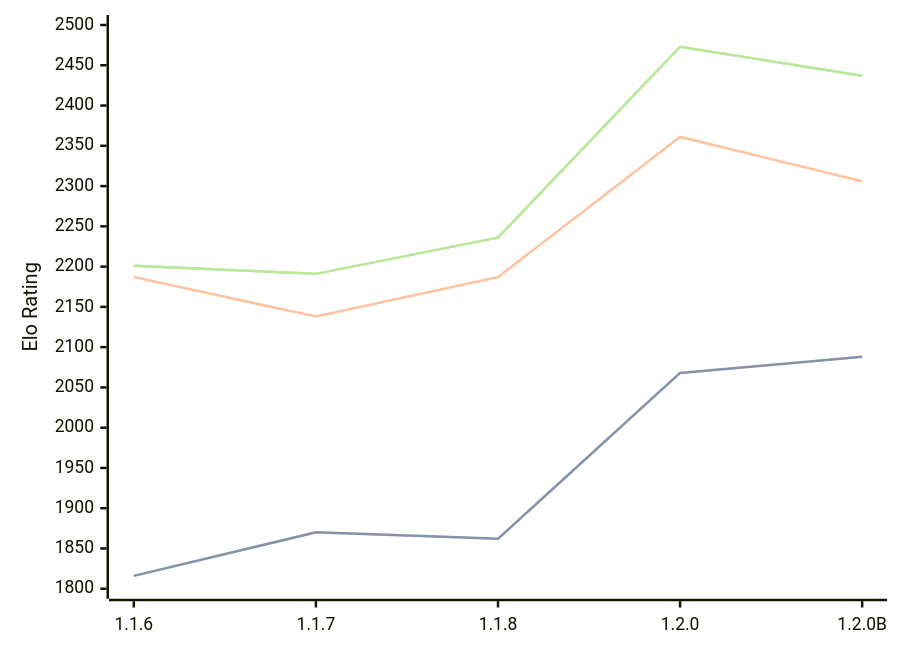
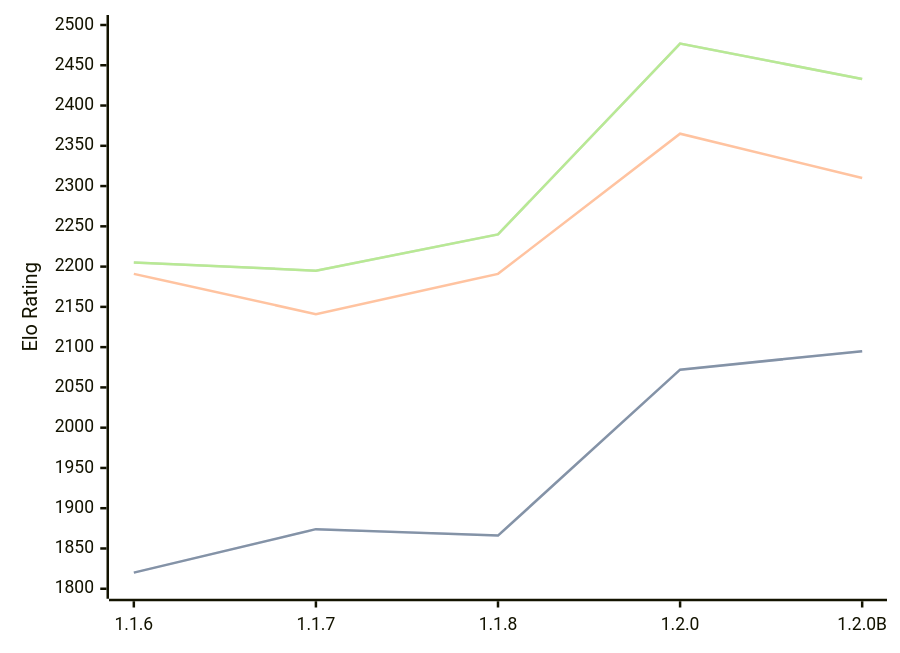
The diagram in engines/Soomi.md (computer-chess-index/cci), drawn with Mermaid before and after one commit. The commit also changed other lines of this file, not shown here.

Commit message:
Update CCI Ratings (ELO VLTC) - 2026-05-02

````diff
--- a/engines/Soomi.md
+++ b/engines/Soomi.md
@@ -35,11 +35,11 @@
 ```mermaid
 %%{init: {"theme":"base","themeVariables":{"seriesColors:['#a3a3a3','#222221','#faa371']}}}%%
 xychart-beta
   x-axis ["1.1.6", "1.1.7", "1.1.8", "1.2.0", "1.2.0B"]
   y-axis "Elo Rating" 1800 --> 2500
-  line "STC (8.0+0.08s)" [1816, 1870, 1862, 2068, 2088]
-  line "STC (8.0+0.08s)" [1816, 1870, 1862, 2068, 2088]
-  line "LTC (60.0+0.60s)" [2187, 2138, 2187, 2361, 2306]
-  line "VLTC (2m24s+1.12s)" [2201, 2191, 2236, 2473, 2437]
-  line "VLTC (2m24s+1.12s)" [2201, 2191, 2236, 2473, 2437]
+  line "STC (8.0+0.08s)" [1820, 1874, 1866, 2072, 2095]
+  line "STC (8.0+0.08s)" [1820, 1874, 1866, 2072, 2095]
+  line "LTC (60.0+0.60s)" [2191, 2141, 2191, 2365, 2310]
+  line "VLTC (2m24s+1.12s)" [2205, 2195, 2240, 2477, 2433]
+  line "VLTC (2m24s+1.12s)" [2205, 2195, 2240, 2477, 2433]
 ```
````
